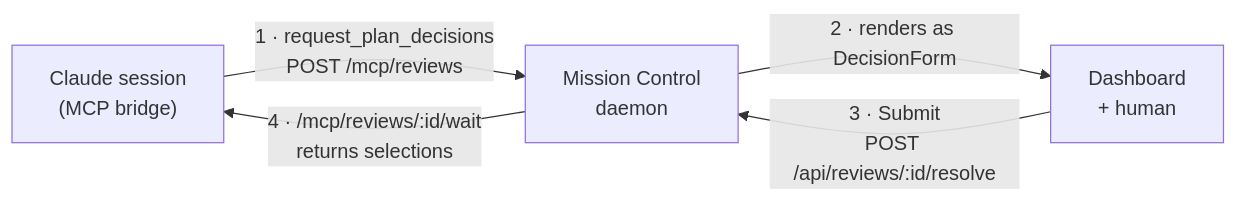
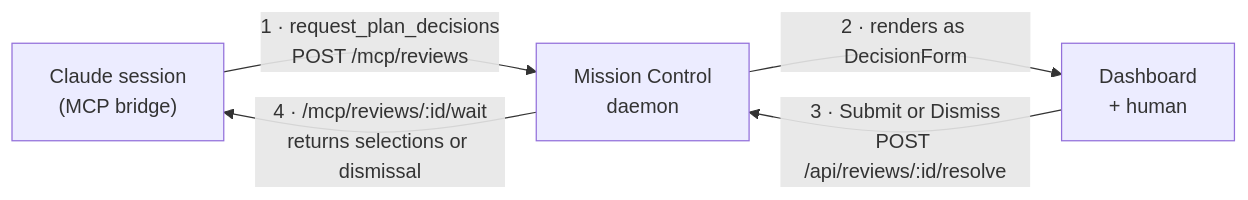
One commit to teamupstart/mission-control changed the diagram in docs/plans/interactive-plans/plan.md. Above: the diagram before and after it, drawn with Mermaid. The commit also changed other lines of this file and 5 other files, not shown here.

````diff
--- a/docs/plans/interactive-plans/plan.md
+++ b/docs/plans/interactive-plans/plan.md
@@ -38,7 +39,7 @@
 ```mermaid
 flowchart LR
   A["Claude session<br/>(MCP bridge)"] -->|"1 · request_plan_decisions<br/>POST /mcp/reviews"| D["Mission Control<br/>daemon"]
   D -->|"2 · renders as DecisionForm"| W["Dashboard<br/>+ human"]
-  W -->|"3 · Submit<br/>POST /api/reviews/:id/resolve"| D
-  D -->|"4 · /mcp/reviews/:id/wait<br/>returns selections"| A
+  W -->|"3 · Submit or Dismiss<br/>POST /api/reviews/:id/resolve"| D
+  D -->|"4 · /mcp/reviews/:id/wait<br/>returns selections or dismissal"| A
 ```
````
